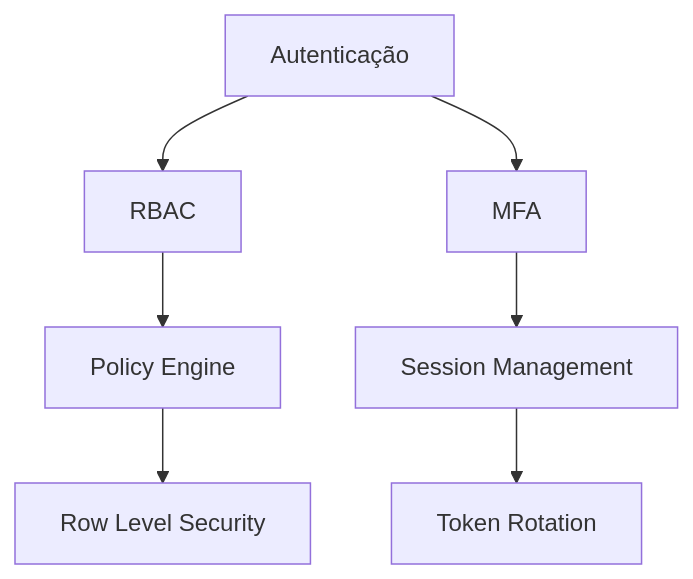
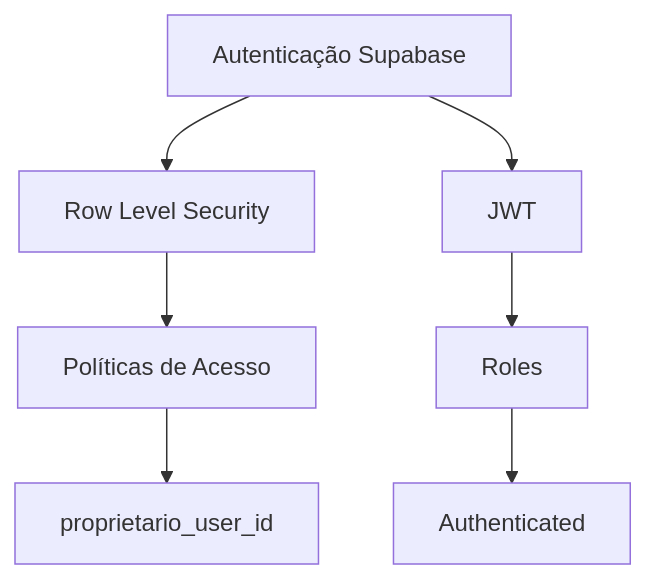
The fourth of 6 diagrams in .cursor/rules/contexto-modularone.md (ottoffilho/modularone), drawn with Mermaid before and after one commit. The commit also changed other lines of this file and 29 other files, not shown here.

````diff
--- a/.cursor/rules/contexto-modularone.md
+++ b/.cursor/rules/contexto-modularone.md
@@ -119,9 +208,9 @@
 ```mermaid
 graph TD
-  A[Autenticação] --> B[RBAC]
-  A --> C[MFA]
-  B --> D[Policy Engine]
-  C --> E[Session Management]
-  D --> F[Row Level Security]
-  E --> G[Token Rotation]
+  A[Autenticação Supabase] --> B[Row Level Security]
+  B --> C[Políticas de Acesso]
+  C --> D[proprietario_user_id]
+  A --> E[JWT]
+  E --> F[Roles]
+  F --> G[Authenticated]
 ```
````
